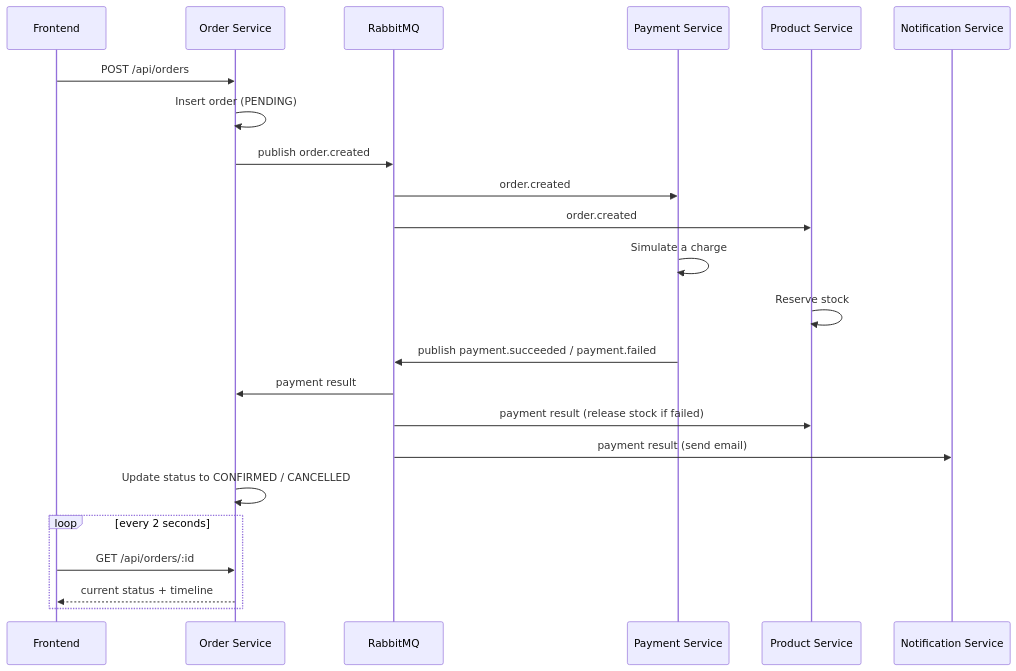
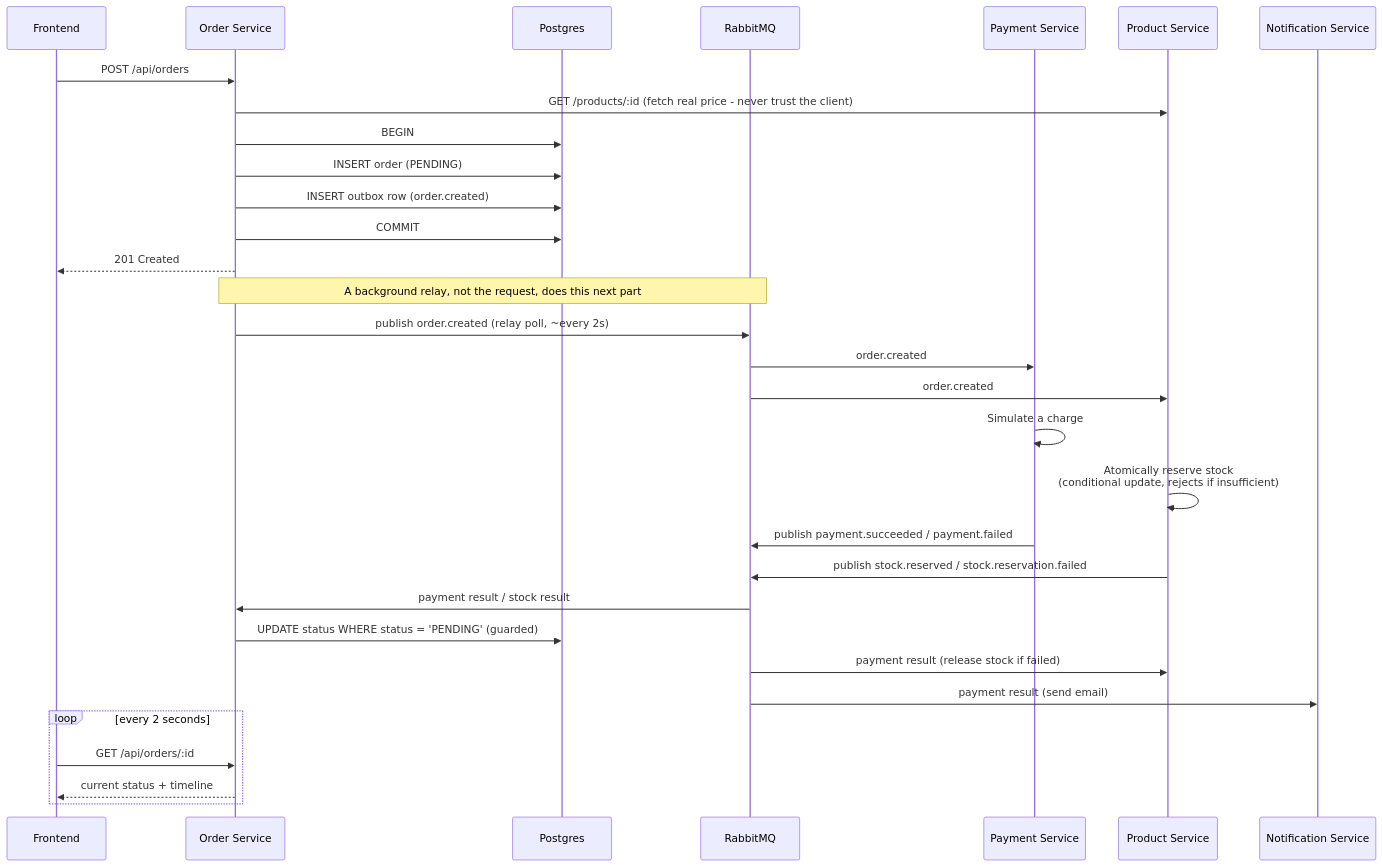
Before and after one commit to anurag39-p/Event-driven-e-commerce-system-with-microservices: the second of 5 diagrams in ARCHITECTURE.md, drawn with Mermaid. The commit also changed other lines of this file and 21 other files, not shown here.

````diff
--- a/ARCHITECTURE.md
+++ b/ARCHITECTURE.md
@@ -33,26 +37,34 @@
 ```mermaid
 sequenceDiagram
     participant FE as Frontend
     participant OS as Order Service
+    participant PG as Postgres
     participant MQ as RabbitMQ
     participant PS as Payment Service
     participant PRS as Product Service
     participant NS as Notification Service
 
     FE->>OS: POST /api/orders
-    OS->>OS: Insert order (PENDING)
-    OS->>MQ: publish order.created
+    OS->>PRS: GET /products/:id (fetch real price - never trust the client)
+    OS->>PG: BEGIN
+    OS->>PG: INSERT order (PENDING)
+    OS->>PG: INSERT outbox row (order.created)
+    OS->>PG: COMMIT
+    OS-->>FE: 201 Created
+    Note over OS,MQ: A background relay, not the request, does this next part
+    OS->>MQ: publish order.created (relay poll, ~every 2s)
     MQ->>PS: order.created
     MQ->>PRS: order.created
     PS->>PS: Simulate a charge
-    PRS->>PRS: Reserve stock
+    PRS->>PRS: Atomically reserve stock<br/>(conditional update, rejects if insufficient)
     PS->>MQ: publish payment.succeeded / payment.failed
-    MQ->>OS: payment result
+    PRS->>MQ: publish stock.reserved / stock.reservation.failed
+    MQ->>OS: payment result / stock result
+    OS->>PG: UPDATE status WHERE status = 'PENDING' (guarded)
     MQ->>PRS: payment result (release stock if failed)
     MQ->>NS: payment result (send email)
-    OS->>OS: Update status to CONFIRMED / CANCELLED
     loop every 2 seconds
         FE->>OS: GET /api/orders/:id
         OS-->>FE: current status + timeline
     end
 ```
````
